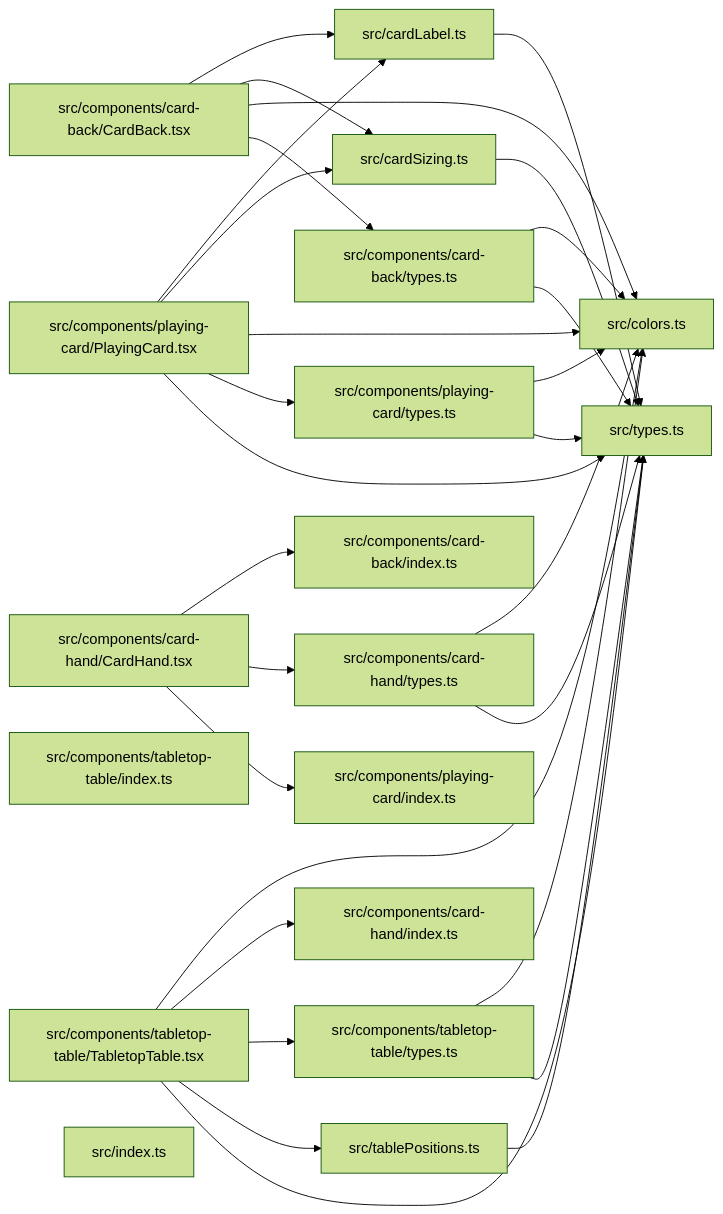
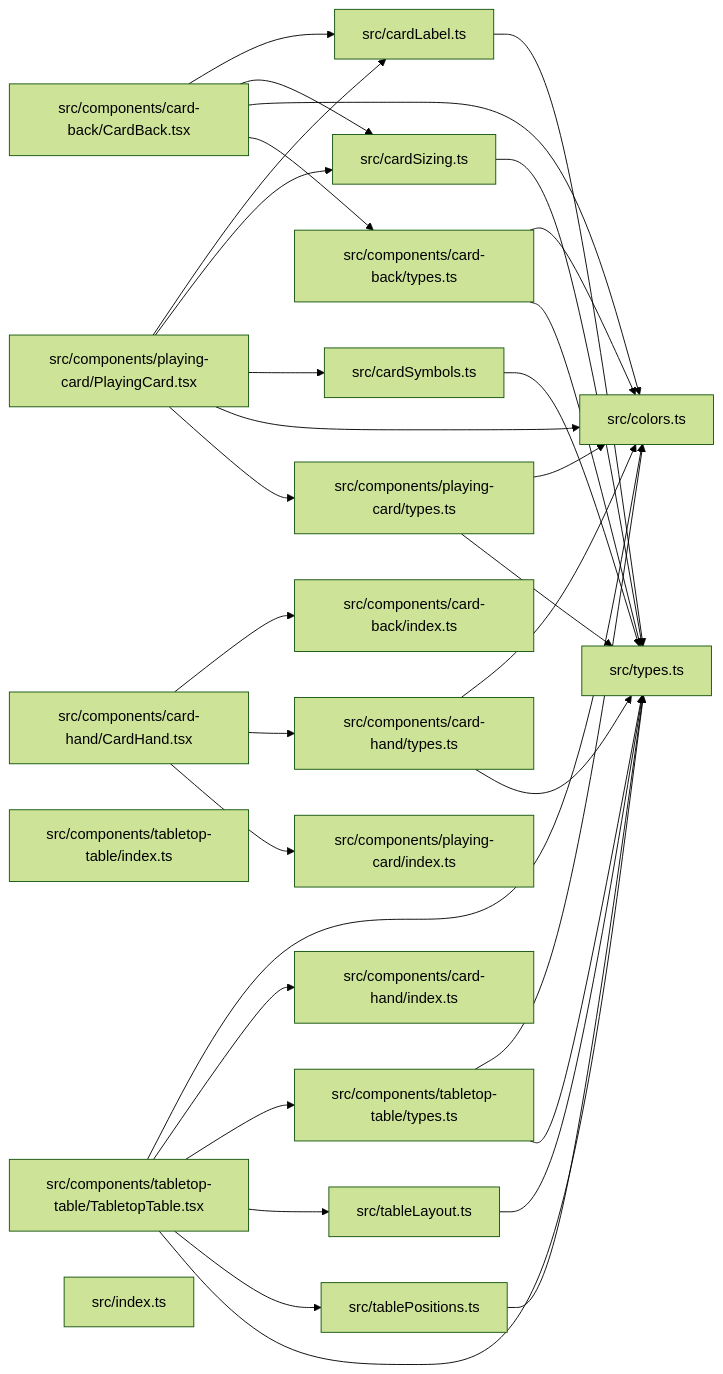
Before and after one commit to ankhorage/zora-tabletop: the diagram in paradox/diagrams/module-relationships.mmd, drawn with Mermaid (forest theme). The commit also changed 11 other files, not shown here.

```diff
--- a/paradox/diagrams/module-relationships.mmd
+++ b/paradox/diagrams/module-relationships.mmd
@@ -1,47 +1,52 @@
 graph LR
   module_src_cardLabel_ts["src/cardLabel.ts"]
   module_src_cardSizing_ts["src/cardSizing.ts"]
+  module_src_cardSymbols_ts["src/cardSymbols.ts"]
   module_src_colors_ts["src/colors.ts"]
   module_src_components_card_back_CardBack_tsx["src/components/card-back/CardBack.tsx"]
   module_src_components_card_back_index_ts["src/components/card-back/index.ts"]
   module_src_components_card_back_types_ts["src/components/card-back/types.ts"]
   module_src_components_card_hand_CardHand_tsx["src/components/card-hand/CardHand.tsx"]
   module_src_components_card_hand_index_ts["src/components/card-hand/index.ts"]
   module_src_components_card_hand_types_ts["src/components/card-hand/types.ts"]
   module_src_components_playing_card_index_ts["src/components/playing-card/index.ts"]
   module_src_components_playing_card_PlayingCard_tsx["src/components/playing-card/PlayingCard.tsx"]
   module_src_components_playing_card_types_ts["src/components/playing-card/types.ts"]
   module_src_components_tabletop_table_index_ts["src/components/tabletop-table/index.ts"]
   module_src_components_tabletop_table_TabletopTable_tsx["src/components/tabletop-table/TabletopTable.tsx"]
   module_src_components_tabletop_table_types_ts["src/components/tabletop-table/types.ts"]
   module_src_index_ts["src/index.ts"]
+  module_src_tableLayout_ts["src/tableLayout.ts"]
   module_src_tablePositions_ts["src/tablePositions.ts"]
   module_src_types_ts["src/types.ts"]
   module_src_cardLabel_ts --> module_src_types_ts
   module_src_cardSizing_ts --> module_src_types_ts
+  module_src_cardSymbols_ts --> module_src_types_ts
   module_src_components_card_back_CardBack_tsx --> module_src_cardLabel_ts
   module_src_components_card_back_CardBack_tsx --> module_src_cardSizing_ts
   module_src_components_card_back_CardBack_tsx --> module_src_colors_ts
   module_src_components_card_back_CardBack_tsx --> module_src_components_card_back_types_ts
   module_src_components_card_back_types_ts --> module_src_colors_ts
   module_src_components_card_back_types_ts --> module_src_types_ts
   module_src_components_card_hand_CardHand_tsx --> module_src_components_card_back_index_ts
   module_src_components_card_hand_CardHand_tsx --> module_src_components_card_hand_types_ts
   module_src_components_card_hand_CardHand_tsx --> module_src_components_playing_card_index_ts
   module_src_components_card_hand_types_ts --> module_src_colors_ts
   module_src_components_card_hand_types_ts --> module_src_types_ts
   module_src_components_playing_card_PlayingCard_tsx --> module_src_cardLabel_ts
   module_src_components_playing_card_PlayingCard_tsx --> module_src_cardSizing_ts
+  module_src_components_playing_card_PlayingCard_tsx --> module_src_cardSymbols_ts
   module_src_components_playing_card_PlayingCard_tsx --> module_src_colors_ts
   module_src_components_playing_card_PlayingCard_tsx --> module_src_components_playing_card_types_ts
-  module_src_components_playing_card_PlayingCard_tsx --> module_src_types_ts
   module_src_components_playing_card_types_ts --> module_src_colors_ts
   module_src_components_playing_card_types_ts --> module_src_types_ts
   module_src_components_tabletop_table_TabletopTable_tsx --> module_src_colors_ts
   module_src_components_tabletop_table_TabletopTable_tsx --> module_src_components_card_hand_index_ts
   module_src_components_tabletop_table_TabletopTable_tsx --> module_src_components_tabletop_table_types_ts
+  module_src_components_tabletop_table_TabletopTable_tsx --> module_src_tableLayout_ts
   module_src_components_tabletop_table_TabletopTable_tsx --> module_src_tablePositions_ts
   module_src_components_tabletop_table_TabletopTable_tsx --> module_src_types_ts
   module_src_components_tabletop_table_types_ts --> module_src_colors_ts
   module_src_components_tabletop_table_types_ts --> module_src_types_ts
+  module_src_tableLayout_ts --> module_src_types_ts
   module_src_tablePositions_ts --> module_src_types_ts
```
